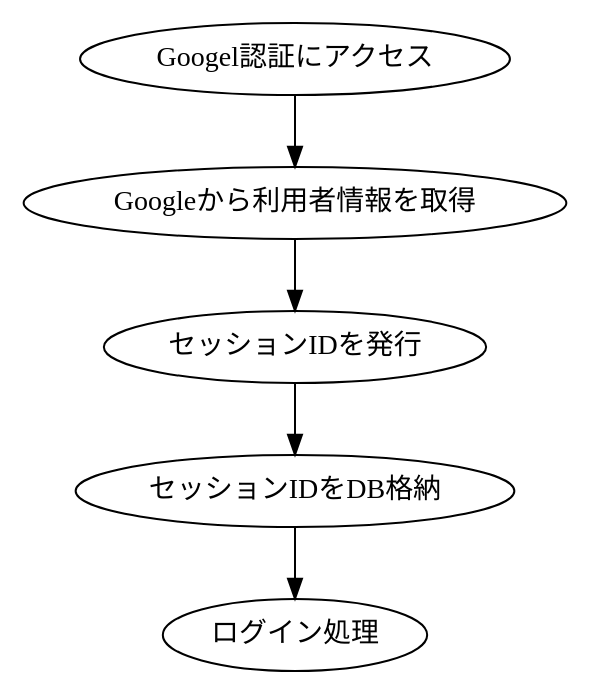
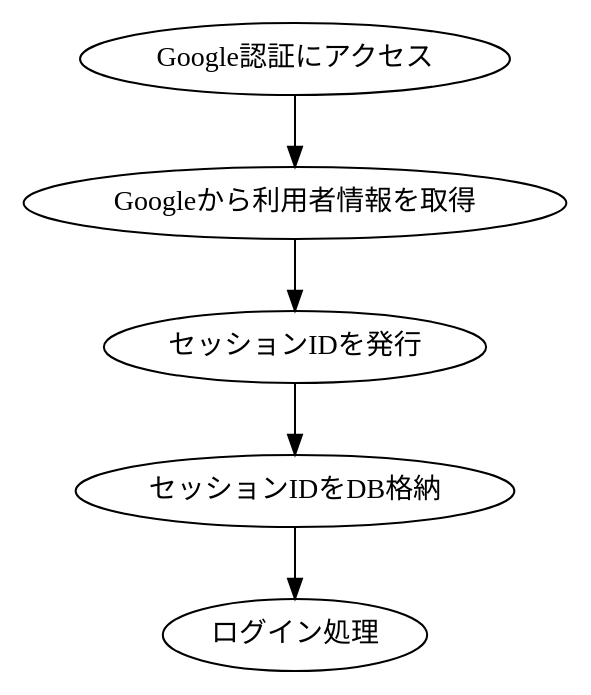
The diagram in dot/businessFlowchart/BusinessInputInformation.dot (KUT-Group12/internal_design), drawn with Graphviz before and after one commit. The commit also changed 1 other file, not shown here.

```diff
--- a/dot/businessFlowchart/BusinessInputInformation.dot
+++ b/dot/businessFlowchart/BusinessInputInformation.dot
@@ -1,14 +1,14 @@
 digraph G {
     #include "style.doth"
 
-    access[label = "Googel認証にアクセス"]
+    access[label = "Google認証にアクセス"]
     get[label = "Googleから利用者情報を取得"]
     getsession[label = "セッションIDを発行"]
     insession[label = "セッションIDをDB格納"]
     login[label = "ログイン処理"]
 
     access -> get
     get -> getsession
     getsession -> insession
     insession -> login
 }
```
